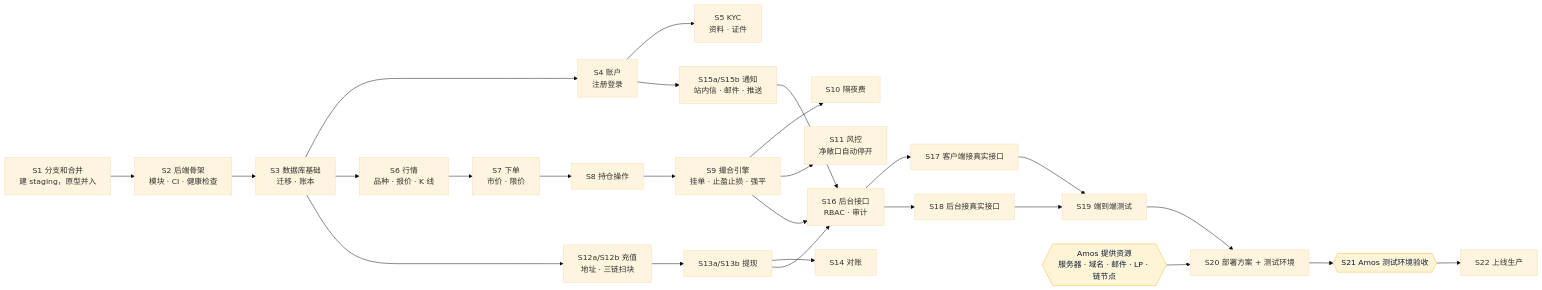
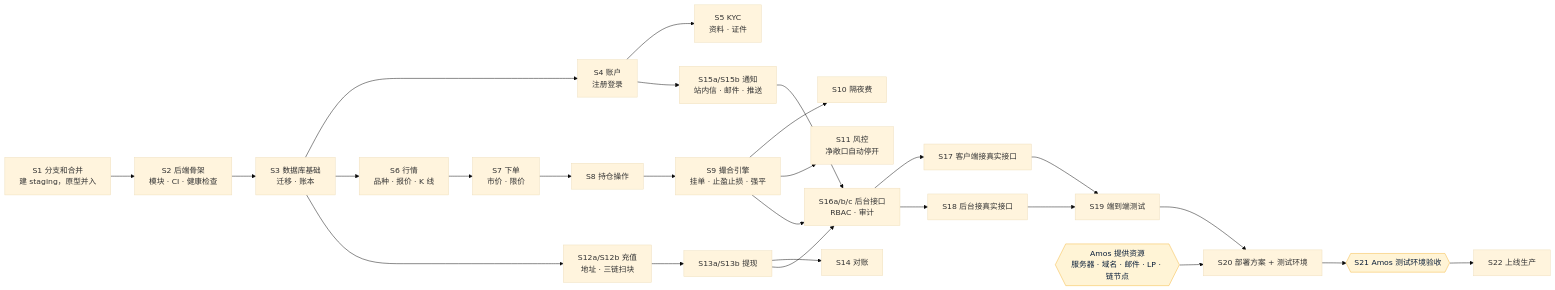
One commit to dollar3651314/falconx-lite changed the diagram in 需求文档/v1-任务清单.md. Above: the diagram before and after it, drawn with Mermaid (base theme). The commit also changed other lines of this file and 51 other files, not shown here.

````diff
--- a/需求文档/v1-任务清单.md
+++ b/需求文档/v1-任务清单.md
@@ -25,23 +25,23 @@
 ```mermaid
 flowchart LR
     S1["S1 分支和合并<br/>建 staging，原型并入"] --> S2["S2 后端骨架<br/>模块 · CI · 健康检查"]
     S2 --> S3["S3 数据库基础<br/>迁移 · 账本"]
     S3 --> S4["S4 账户<br/>注册登录"] --> S5["S5 KYC<br/>资料 · 证件"]
     S3 --> S6["S6 行情<br/>品种 · 报价 · K 线"]
     S6 --> S7["S7 下单<br/>市价 · 限价"] --> S8["S8 持仓操作"] --> S9["S9 撮合引擎<br/>挂单 · 止盈止损 · 强平"] --> S10["S10 隔夜费"]
     S9 --> S11["S11 风控<br/>净敞口自动停开"]
     S3 --> S12["S12a/S12b 充值<br/>地址 · 三链扫块"] --> S13["S13a/S13b 提现"] --> S14["S14 对账"]
     S4 --> S15["S15a/S15b 通知<br/>站内信 · 邮件 · 推送"]
-    S15 --> S16["S16 后台接口<br/>RBAC · 审计"]
+    S15 --> S16["S16a/b/c 后台接口<br/>RBAC · 审计"]
     S9 --> S16
     S13 --> S16
     S16 --> S17["S17 客户端接真实接口"]
     S16 --> S18["S18 后台接真实接口"]
     S17 --> S19["S19 端到端测试"]
     S18 --> S19
     R{{"Amos 提供资源<br/>服务器 · 域名 · 邮件 · LP · 链节点"}} --> S20["S20 部署方案 + 测试环境"]
     S19 --> S20 --> S21{{"S21 Amos 测试环境验收"}} --> S22["S22 上线生产"]
 
     classDef amos fill:#FFF4D6,stroke:#F5B83D,color:#0B1F3A
     class R,S21 amos
 ```
````
